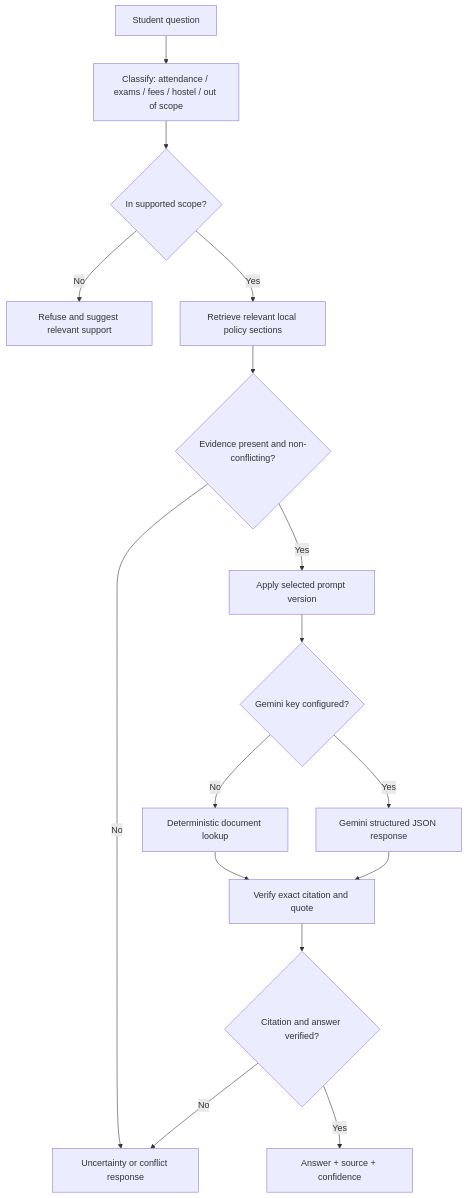
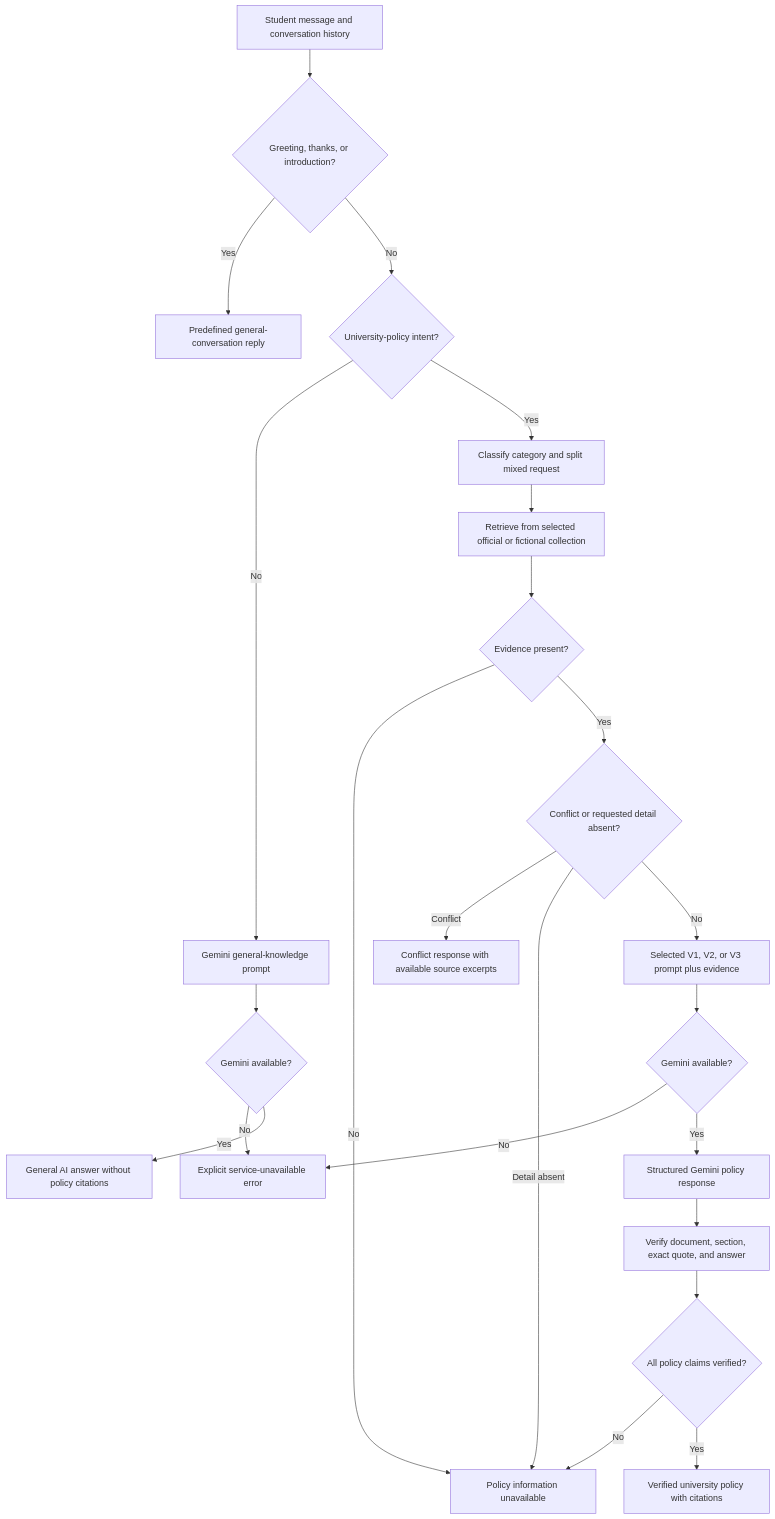
One commit to Codewth/prompt_campusAnswer changed the diagram in docs/diagrams/prompt-workflow.mmd. Above: the diagram before and after it, drawn with Mermaid. The commit also changed 52 other files, not shown here.

```diff
--- a/docs/diagrams/prompt-workflow.mmd
+++ b/docs/diagrams/prompt-workflow.mmd
@@ -1,16 +1,23 @@
 flowchart TD
-    A[Student question] --> B[Classify: attendance / exams / fees / hostel / out of scope]
-    B --> C{In supported scope?}
-    C -- No --> D[Refuse and suggest relevant support]
-    C -- Yes --> E[Retrieve relevant local policy sections]
-    E --> F{Evidence present and non-conflicting?}
-    F -- No --> G[Uncertainty or conflict response]
-    F -- Yes --> H[Apply selected prompt version]
-    H --> I{Gemini key configured?}
-    I -- No --> J[Deterministic document lookup]
-    I -- Yes --> K[Gemini structured JSON response]
-    J --> L[Verify exact citation and quote]
-    K --> L
-    L --> M{Citation and answer verified?}
-    M -- No --> G
-    M -- Yes --> N[Answer + source + confidence]
+    A[Student message and conversation history] --> B{Greeting, thanks, or introduction?}
+    B -- Yes --> C[Predefined general-conversation reply]
+    B -- No --> D{University-policy intent?}
+    D -- No --> E[Gemini general-knowledge prompt]
+    E --> F{Gemini available?}
+    F -- No --> X[Explicit service-unavailable error]
+    F -- Yes --> G[General AI answer without policy citations]
+    D -- Yes --> H[Classify category and split mixed request]
+    H --> I[Retrieve from selected official or fictional collection]
+    I --> J{Evidence present?}
+    J -- No --> K[Policy information unavailable]
+    J -- Yes --> L{Conflict or requested detail absent?}
+    L -- Conflict --> M[Conflict response with available source excerpts]
+    L -- Detail absent --> K
+    L -- No --> N[Selected V1, V2, or V3 prompt plus evidence]
+    N --> O{Gemini available?}
+    O -- No --> X
+    O -- Yes --> P[Structured Gemini policy response]
+    P --> Q[Verify document, section, exact quote, and answer]
+    Q --> R{All policy claims verified?}
+    R -- No --> K
+    R -- Yes --> S[Verified university policy with citations]
```
